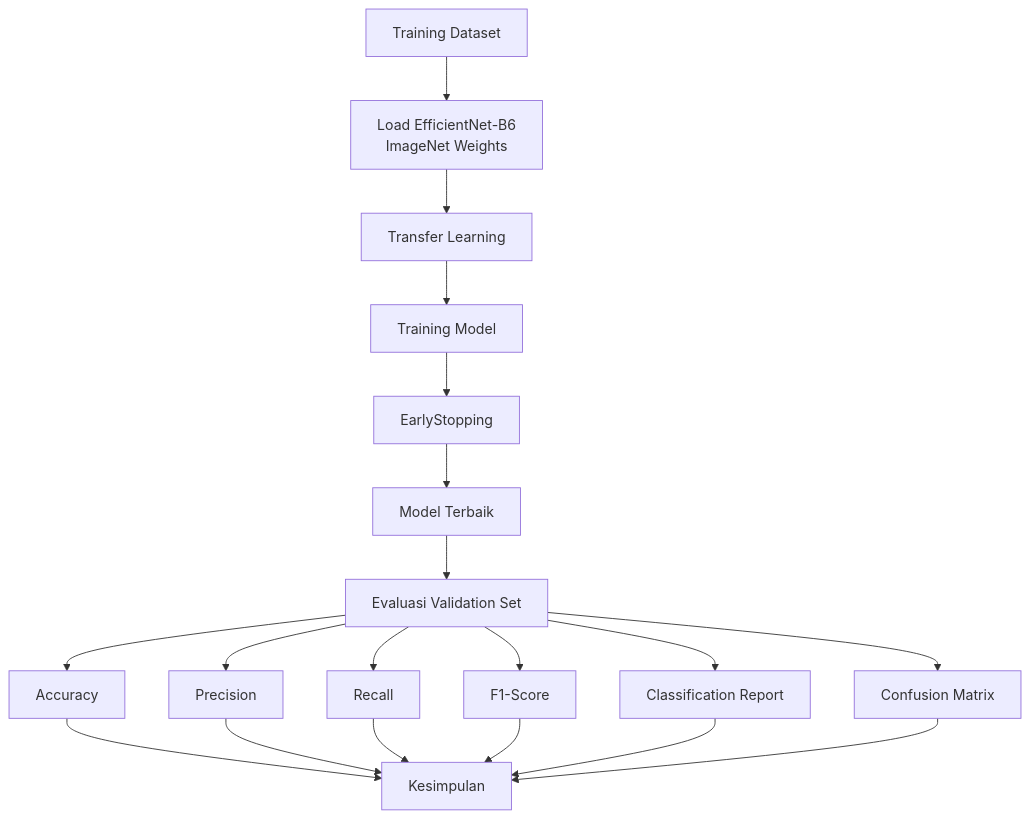
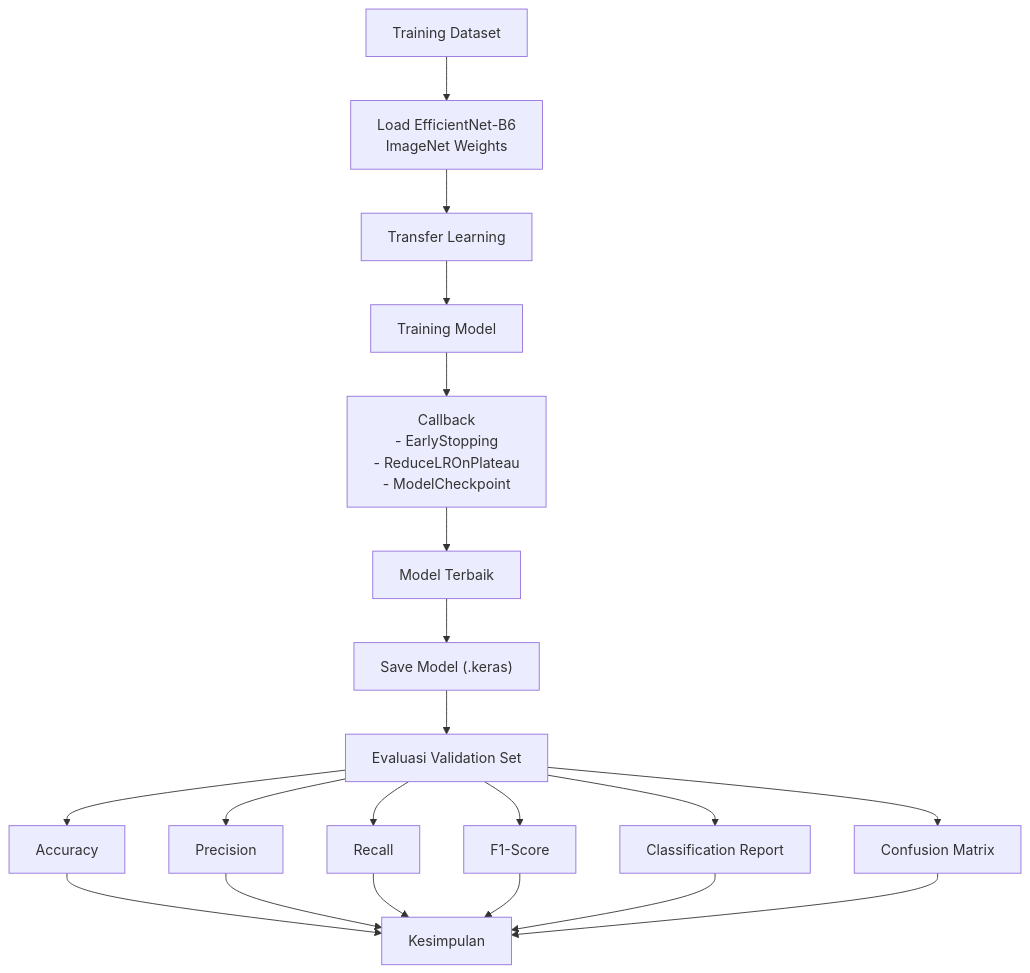
The third of 4 diagrams in example-riset-directory/03-teori/teori_arsitektur-dan-skema.md (Fadil172800/rti-20252-240202885), drawn with Mermaid before and after one commit. The commit also changed other lines of this file, not shown here.

````diff
--- a/example-riset-directory/03-teori/teori_arsitektur-dan-skema.md
+++ b/example-riset-directory/03-teori/teori_arsitektur-dan-skema.md
@@ -86,42 +91,47 @@
 ```mermaid
 flowchart TD
 
 A["Training Dataset"]
 
 A --> B["Load EfficientNet-B6
 ImageNet Weights"]
 
 B --> C["Transfer Learning"]
 
 C --> D["Training Model"]
 
-D --> E["EarlyStopping"]
+D --> E["Callback
+- EarlyStopping
+- ReduceLROnPlateau
+- ModelCheckpoint"]
 
 E --> F["Model Terbaik"]
 
-F --> G["Evaluasi Validation Set"]
+F --> G["Save Model (.keras)"]
 
-G --> H["Accuracy"]
+G --> H["Evaluasi Validation Set"]
 
-G --> I["Precision"]
+H --> I["Accuracy"]
 
-G --> J["Recall"]
+H --> J["Precision"]
 
-G --> K["F1-Score"]
+H --> K["Recall"]
 
-G --> L["Classification Report"]
+H --> L["F1-Score"]
 
-G --> M["Confusion Matrix"]
+H --> M["Classification Report"]
 
-H --> N["Kesimpulan"]
+H --> N["Confusion Matrix"]
 
-I --> N
+I --> O["Kesimpulan"]
 
-J --> N
+J --> O
 
-K --> N
+K --> O
 
-L --> N
+L --> O
 
-M --> N
+M --> O
+
+N --> O
 ```
````
